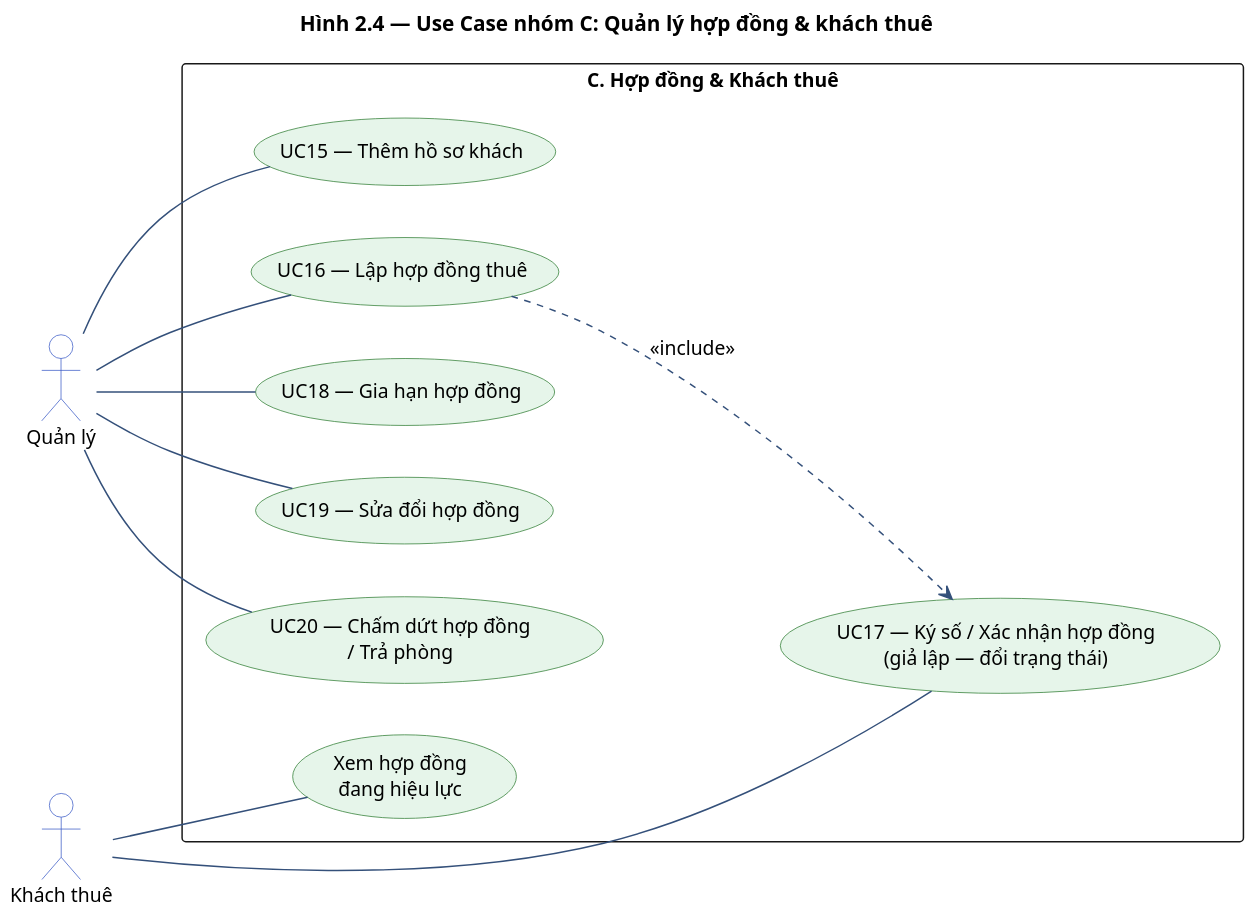
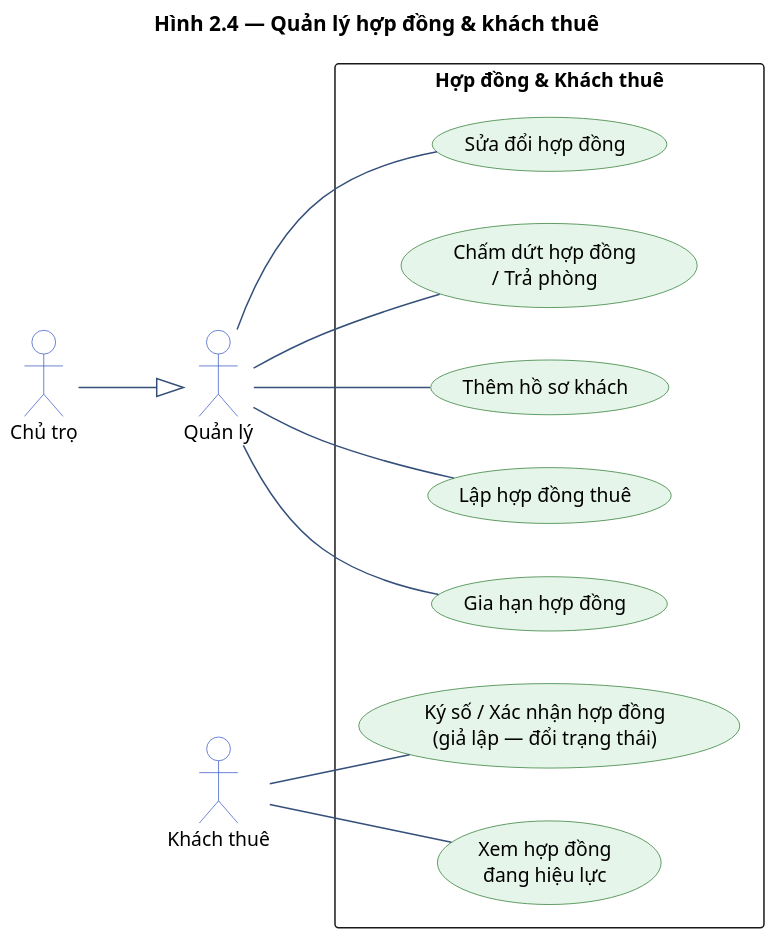
Before and after one commit to DiepTuHuy/Hostel_Management: the diagram in docs/diagrams/2.04_uc_contract.puml, drawn with PlantUML. The commit also changed 92 other files, not shown here.

Commit message:
Đồng bộ 19 sơ đồ UML khớp 100% với hệ thống và bổ sung báo cáo LaTeX (PTTKHT) vào repository

```diff
--- a/docs/diagrams/2.04_uc_contract.puml
+++ b/docs/diagrams/2.04_uc_contract.puml
@@ -1,43 +1,44 @@
 @startuml UC_Contract
-title Hình 2.4 — Use Case nhóm C: Quản lý hợp đồng & khách thuê
+title Hình 2.4 — Quản lý hợp đồng & khách thuê
 
 skinparam dpi 150
 skinparam shadowing false
 skinparam defaultFontName "Segoe UI"
 skinparam defaultFontSize 13
 skinparam packageStyle rectangle
 skinparam ArrowColor #34507A
 skinparam usecase {
   BackgroundColor #E6F5EA
   BorderColor #2E7D32
 }
 skinparam actor {
   BackgroundColor #FFFFFF
   BorderColor #3A5BC7
 }
 left to right direction
 
+actor "Chủ trọ"     as Owner
 actor "Quản lý"     as Manager
 actor "Khách thuê"  as Tenant
 
-rectangle "C. Hợp đồng & Khách thuê" {
-  usecase "UC15 — Thêm hồ sơ khách"            as C1
-  usecase "UC16 — Lập hợp đồng thuê"           as C2
-  usecase "UC17 — Ký số / Xác nhận hợp đồng\n(giả lập — đổi trạng thái)" as C3
-  usecase "UC18 — Gia hạn hợp đồng"            as C4
-  usecase "UC19 — Sửa đổi hợp đồng"            as C5
-  usecase "UC20 — Chấm dứt hợp đồng\n/ Trả phòng" as C6
+rectangle "Hợp đồng & Khách thuê" {
+  usecase "Thêm hồ sơ khách"            as C1
+  usecase "Lập hợp đồng thuê"           as C2
+  usecase "Ký số / Xác nhận hợp đồng\n(giả lập — đổi trạng thái)" as C3
+  usecase "Gia hạn hợp đồng"            as C4
+  usecase "Sửa đổi hợp đồng"            as C5
+  usecase "Chấm dứt hợp đồng\n/ Trả phòng" as C6
   usecase "Xem hợp đồng\nđang hiệu lực"        as C7
 }
 
+' Kế thừa: Chủ trọ dùng chung toàn bộ chức năng hợp đồng với Quản lý
+Owner --|> Manager
 Manager -- C1
 Manager -- C2
 Manager -- C4
 Manager -- C5
 Manager -- C6
 Tenant  -- C3
 Tenant  -- C7
 
-C2 ..> C3 : <<include>>
-
 @enduml
```
